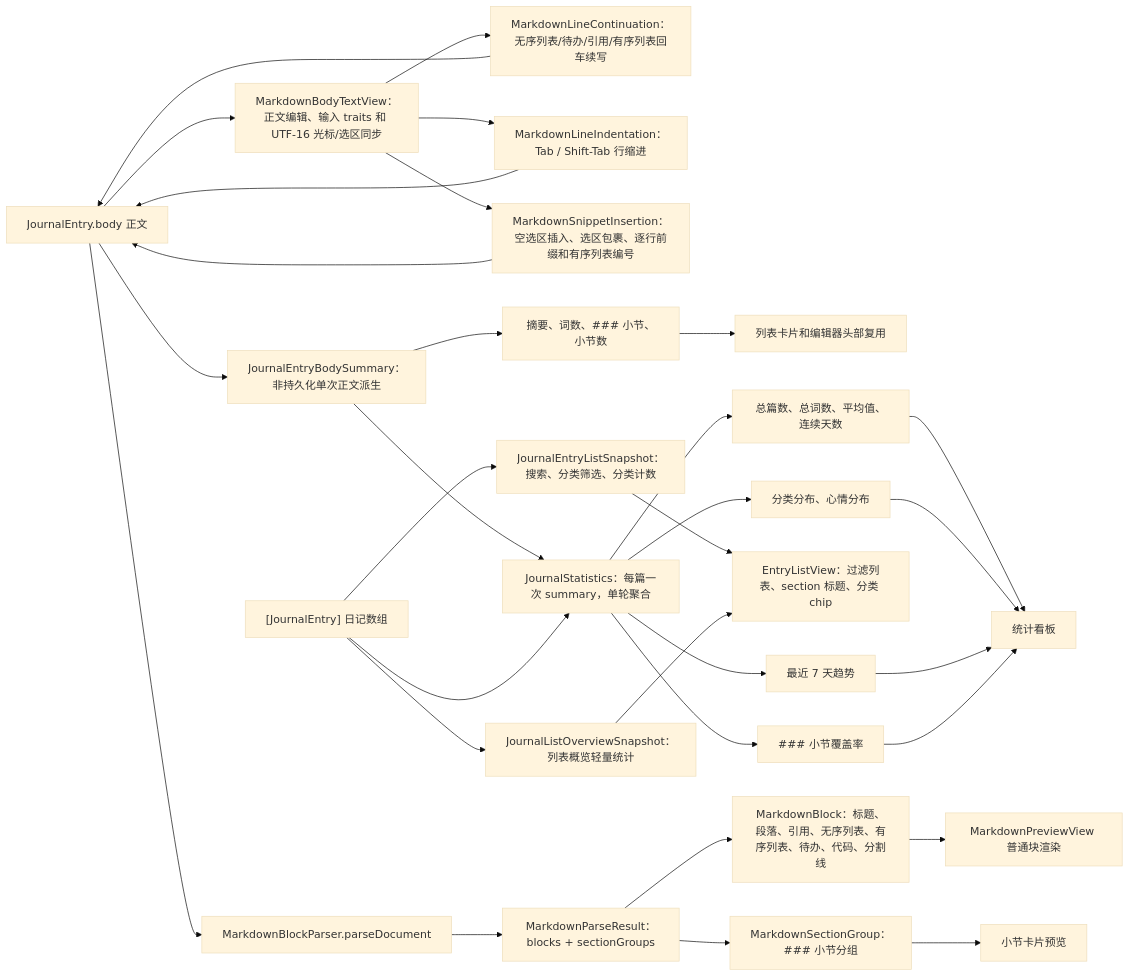
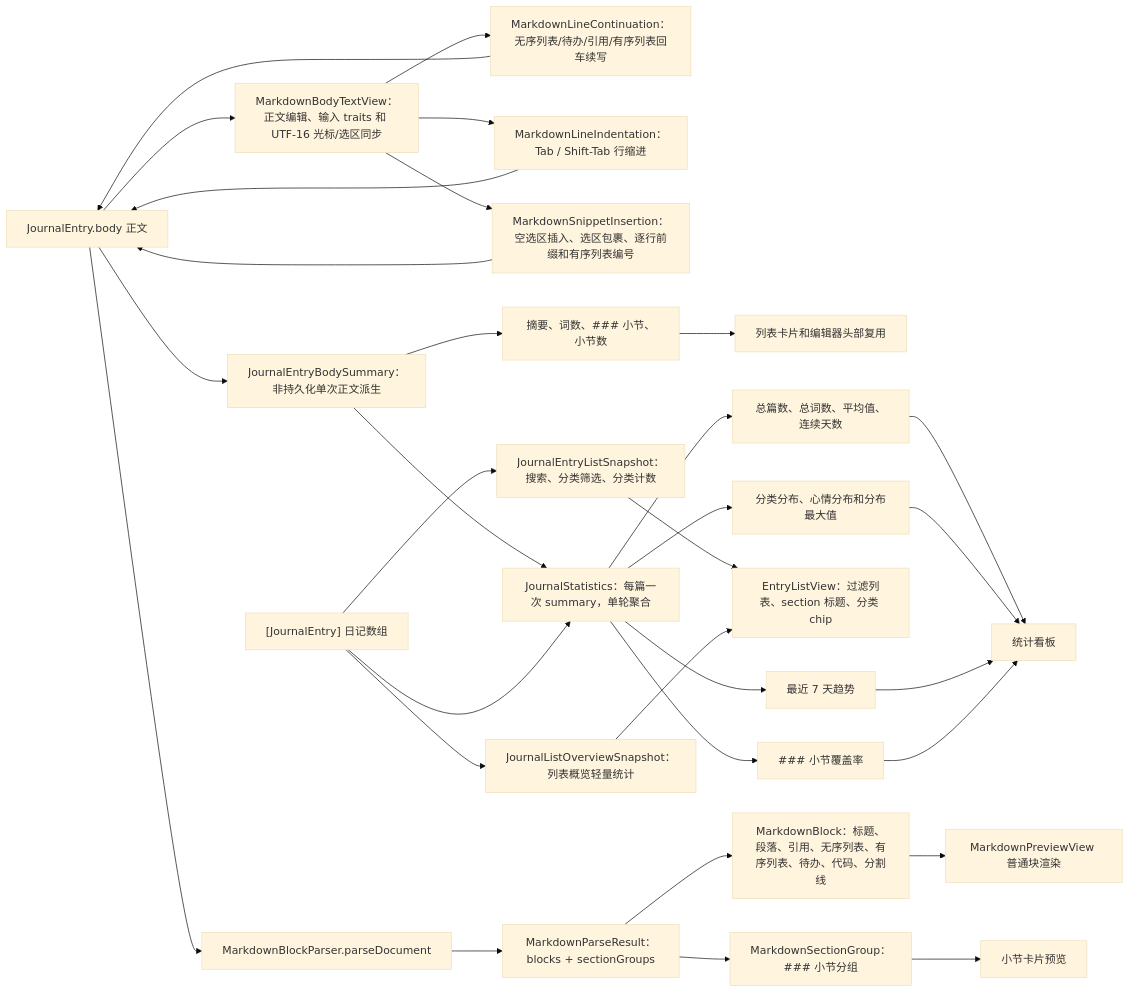
The fourth of 6 diagrams in md/flow/flowchart.md (Altman-sam114/117), drawn with Mermaid (base theme) before and after one commit. The commit also changed other lines of this file and 9 other files, not shown here.

````diff
--- a/md/flow/flowchart.md
+++ b/md/flow/flowchart.md
@@ -117,33 +117,33 @@
 ```mermaid
 flowchart LR
   Body["JournalEntry.body 正文"] --> Summary["JournalEntryBodySummary：非持久化单次正文派生"]
   Body --> BodyText["MarkdownBodyTextView：正文编辑、输入 traits 和 UTF-16 光标/选区同步"]
   BodyText --> ContinueRule["MarkdownLineContinuation：无序列表/待办/引用/有序列表回车续写"]
   ContinueRule --> Body
   BodyText --> IndentRule["MarkdownLineIndentation：Tab / Shift-Tab 行缩进"]
   IndentRule --> Body
   BodyText --> InsertRule["MarkdownSnippetInsertion：空选区插入、选区包裹、逐行前缀和有序列表编号"]
   InsertRule --> Body
   Summary --> Excerpt["摘要、词数、### 小节、小节数"]
   Excerpt --> RowEditor["列表卡片和编辑器头部复用"]
   Summary --> Statistics["JournalStatistics：每篇一次 summary，单轮聚合"]
   Body --> Parse["MarkdownBlockParser.parseDocument"]
   Parse --> Result["MarkdownParseResult：blocks + sectionGroups"]
   Result --> Blocks["MarkdownBlock：标题、段落、引用、无序列表、有序列表、待办、代码、分割线"]
   Blocks --> Preview["MarkdownPreviewView 普通块渲染"]
   Result --> Sections["MarkdownSectionGroup：### 小节分组"]
   Sections --> SectionPreview["小节卡片预览"]
   Entries["[JournalEntry] 日记数组"] --> Statistics
   Entries --> ListSnapshot2["JournalEntryListSnapshot：搜索、分类筛选、分类计数"]
   ListSnapshot2 --> ListView["EntryListView：过滤列表、section 标题、分类 chip"]
   Entries --> ListOverview2["JournalListOverviewSnapshot：列表概览轻量统计"]
   ListOverview2 --> ListView
   Statistics --> Metrics["总篇数、总词数、平均值、连续天数"]
-  Statistics --> Distributions["分类分布、心情分布"]
+  Statistics --> Distributions["分类分布、心情分布和分布最大值"]
   Statistics --> Trend["最近 7 天趋势"]
   Statistics --> Coverage["### 小节覆盖率"]
   Metrics --> Dashboard["统计看板"]
   Distributions --> Dashboard
   Trend --> Dashboard
   Coverage --> Dashboard
 ```
````
